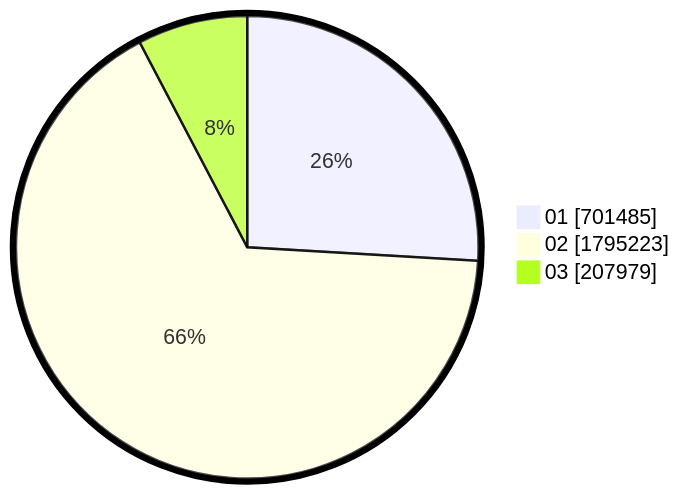
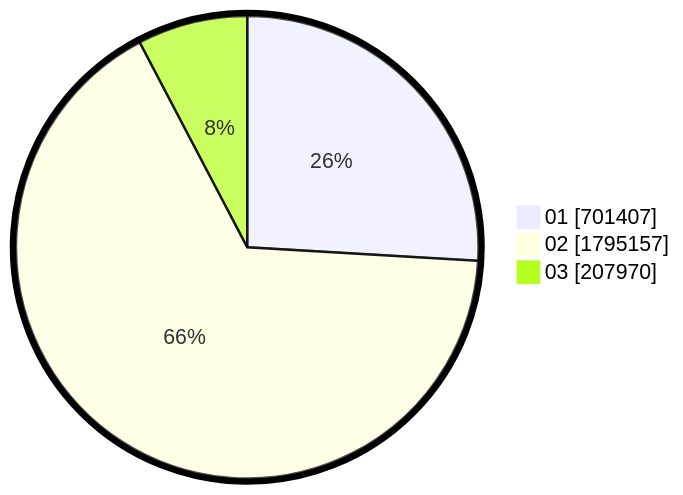
The second of 2 diagrams in pilpres/hitung-suara/sub/table-wilayah-52.md (gigit-pemilu/pemilu-2024), drawn with Mermaid before and after one commit. The commit also changed other lines of this file and 10 other files, not shown here.

````diff
--- a/pilpres/hitung-suara/sub/table-wilayah-52.md
+++ b/pilpres/hitung-suara/sub/table-wilayah-52.md
@@ -15,7 +15,7 @@
 ```mermaid
 %%{init: {"pie": {"textPosition": 0.5}, "themeVariables": {"pieOuterStrokeWidth": "5px"}} }%%
 pie showData
-    "01" : 701485
-    "02" : 1795223
-    "03" : 207979
+    "01" : 701407
+    "02" : 1795157
+    "03" : 207970
 ```
````
